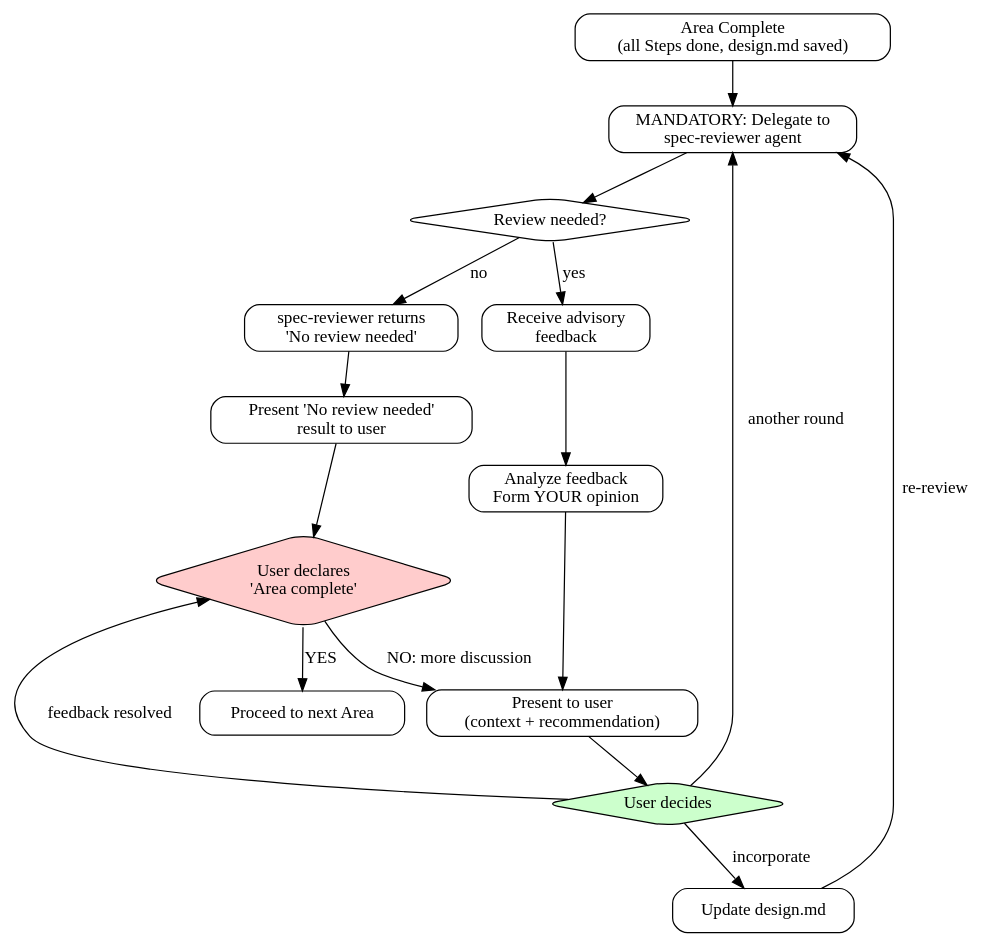
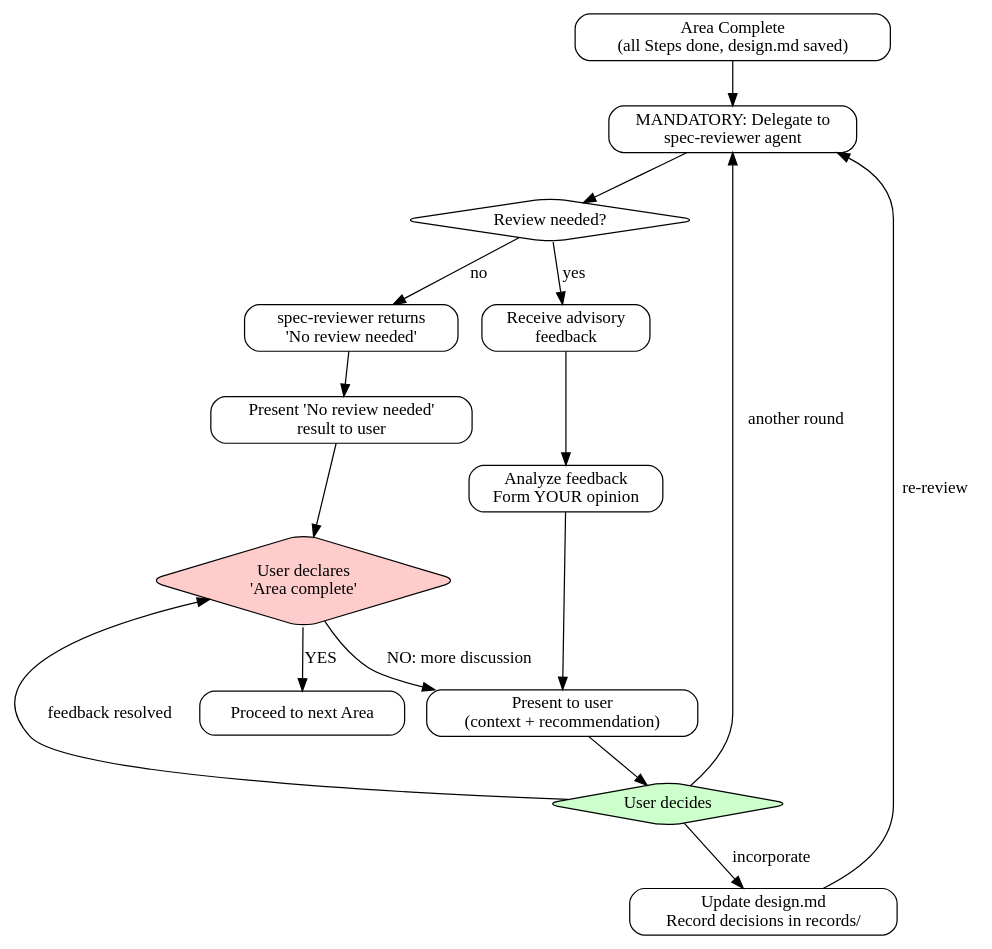
The second of 3 diagrams in skills/spec/SKILL.md (toongri/oh-my-toong-playground), drawn with Graphviz before and after one commit. The commit also changed other lines of this file and 1 other file, not shown here.

First line of the commit message:
fix: spec 피드백 통합 후 records 기록 의무화

````diff
--- a/skills/spec/SKILL.md
+++ b/skills/spec/SKILL.md
@@ -407,35 +407,35 @@
 ```dot
 digraph feedback_loop {
     rankdir=TB;
     node [shape=box, style=rounded];
 
     complete_step [label="Area Complete\n(all Steps done, design.md saved)"];
     delegate [label="MANDATORY: Delegate to\nspec-reviewer agent"];
     check_response [label="Review needed?", shape=diamond];
     no_review [label="spec-reviewer returns\n'No review needed'"];
     present_no_review [label="Present 'No review needed'\nresult to user"];
     receive_feedback [label="Receive advisory\nfeedback"];
     analyze [label="Analyze feedback\nForm YOUR opinion"];
     present [label="Present to user\n(context + recommendation)"];
     user_decides [label="User decides", shape=diamond, style="rounded,filled", fillcolor="#ccffcc"];
-    incorporate [label="Update design.md"];
+    incorporate [label="Update design.md\nRecord decisions in records/"];
     user_final [label="User declares\n'Area complete'", shape=diamond, style="rounded,filled", fillcolor="#ffcccc"];
     next_area [label="Proceed to next Area"];
 
     complete_step -> delegate;
     delegate -> check_response;
     check_response -> no_review [label="no"];
     check_response -> receive_feedback [label="yes"];
     no_review -> present_no_review;
     present_no_review -> user_final;
     receive_feedback -> analyze;
     analyze -> present;
     present -> user_decides;
     user_decides -> incorporate [label="incorporate"];
     user_decides -> delegate [label="another round"];
     user_decides -> user_final [label="feedback resolved"];
     incorporate -> delegate [label="re-review"];
     user_final -> next_area [label="YES"];
     user_final -> present [label="NO: more discussion"];
 }
 ```
````
